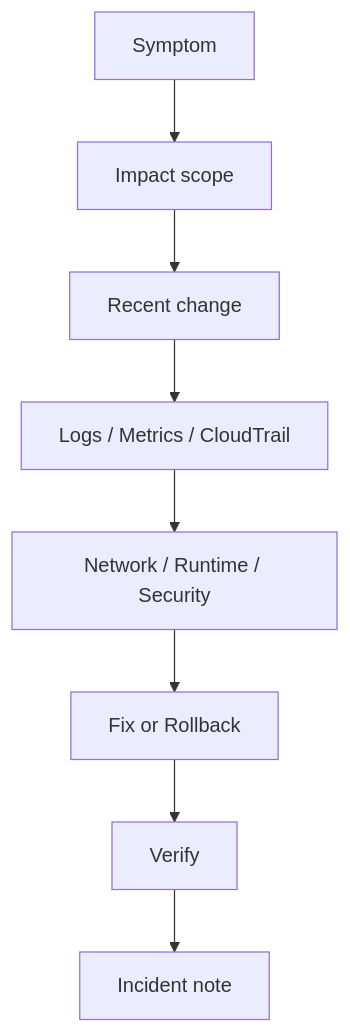
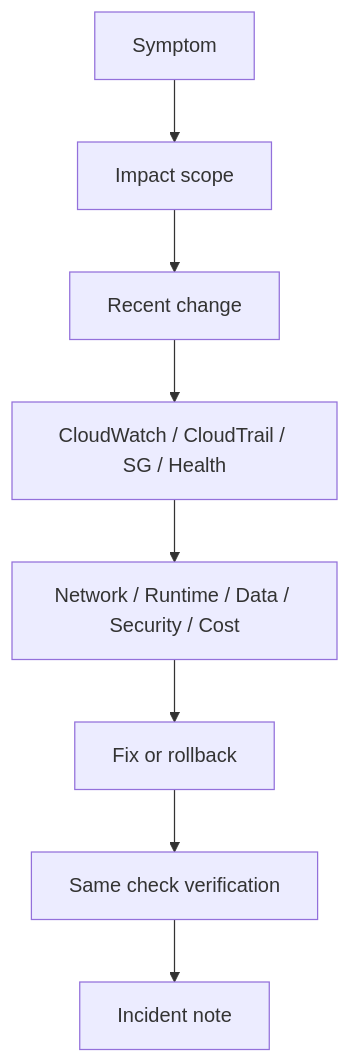
One commit to niceguy61/kdt_devops_lecture_2026_rev2 changed the diagram in week5/day5/lesson-05.md. Above: the diagram before and after it, drawn with Mermaid. The commit also changed other lines of this file and 12 other files, not shown here.

````diff
--- a/week5/day5/lesson-05.md
+++ b/week5/day5/lesson-05.md
@@ -24,10 +35,10 @@
 ```mermaid
 flowchart TD
   Symptom["Symptom"] --> Scope["Impact scope"]
   Scope --> Change["Recent change"]
-  Change --> Evidence["Logs / Metrics / CloudTrail"]
-  Evidence --> Boundary["Network / Runtime / Security"]
-  Boundary --> Action["Fix or Rollback"]
-  Action --> Verify["Verify"]
+  Change --> Evidence["CloudWatch / CloudTrail / SG / Health"]
+  Evidence --> Boundary["Network / Runtime / Data / Security / Cost"]
+  Boundary --> Action["Fix or rollback"]
+  Action --> Verify["Same check verification"]
   Verify --> Note["Incident note"]
 ```
````
